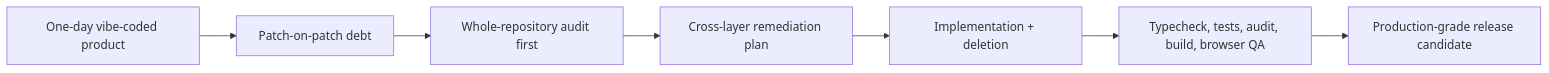
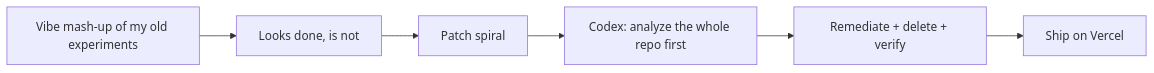
Before and after one commit to SeraKah-1/noodl: the second of 3 diagrams in README.md, drawn with Mermaid. The commit also changed other lines of this file, not shown here.

First line of the commit message:
docs: rewrite README for Build Week education submission

````diff
--- a/README.md
+++ b/README.md
@@ -145,9 +118,8 @@
 ```mermaid
 flowchart LR
-    A["One-day vibe-coded product"] --> B["Patch-on-patch debt"]
-    B --> C["Whole-repository audit first"]
-    C --> D["Cross-layer remediation plan"]
-    D --> E["Implementation + deletion"]
-    E --> F["Typecheck, tests, audit, build, browser QA"]
-    F --> G["Production-grade release candidate"]
+    A["Vibe mash-up of my old experiments"] --> B["Looks done, is not"]
+    B --> C["Patch spiral"]
+    C --> D["Codex: analyze the whole repo first"]
+    D --> E["Remediate + delete + verify"]
+    E --> F["Ship on Vercel"]
 ```
````
